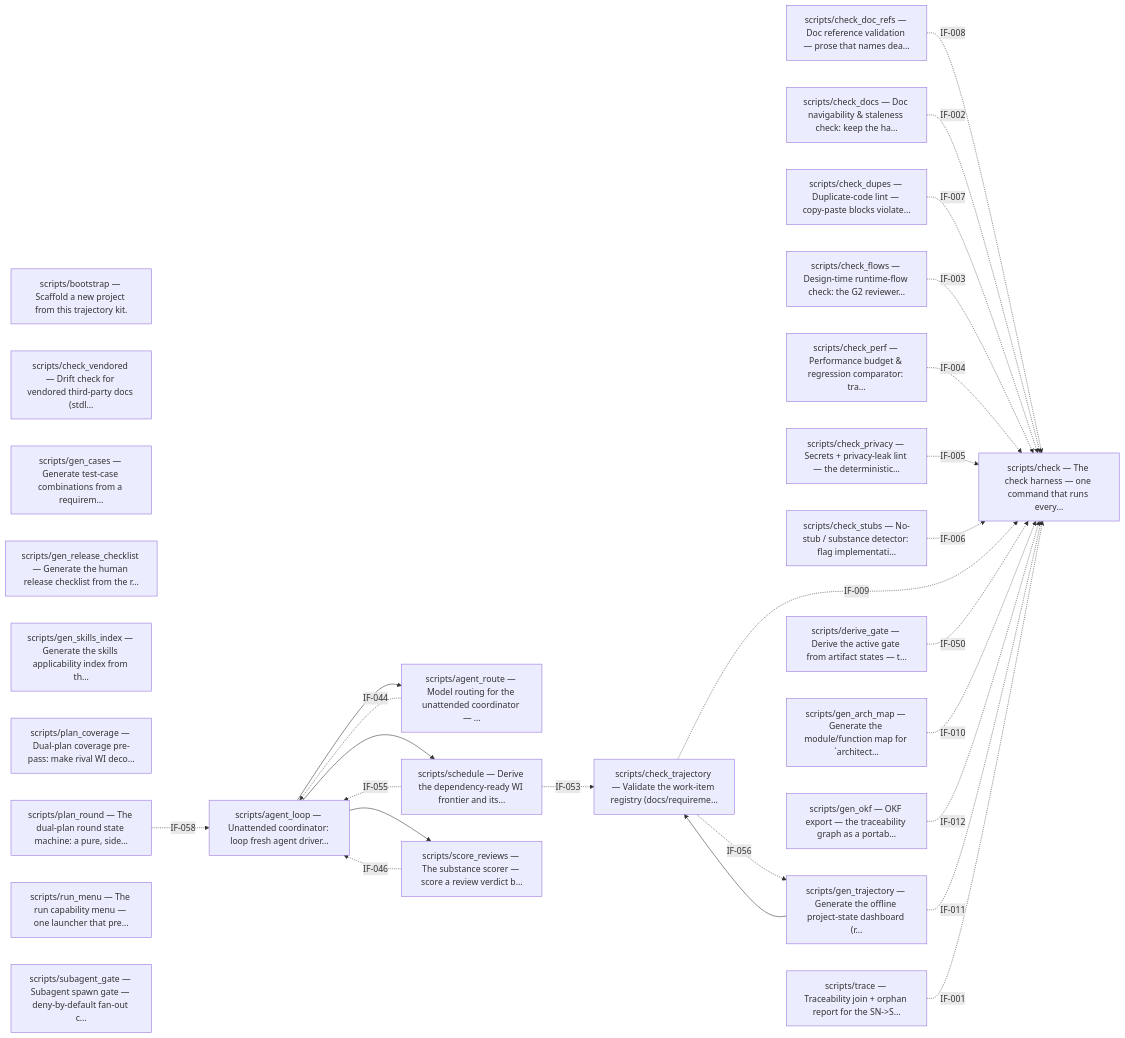
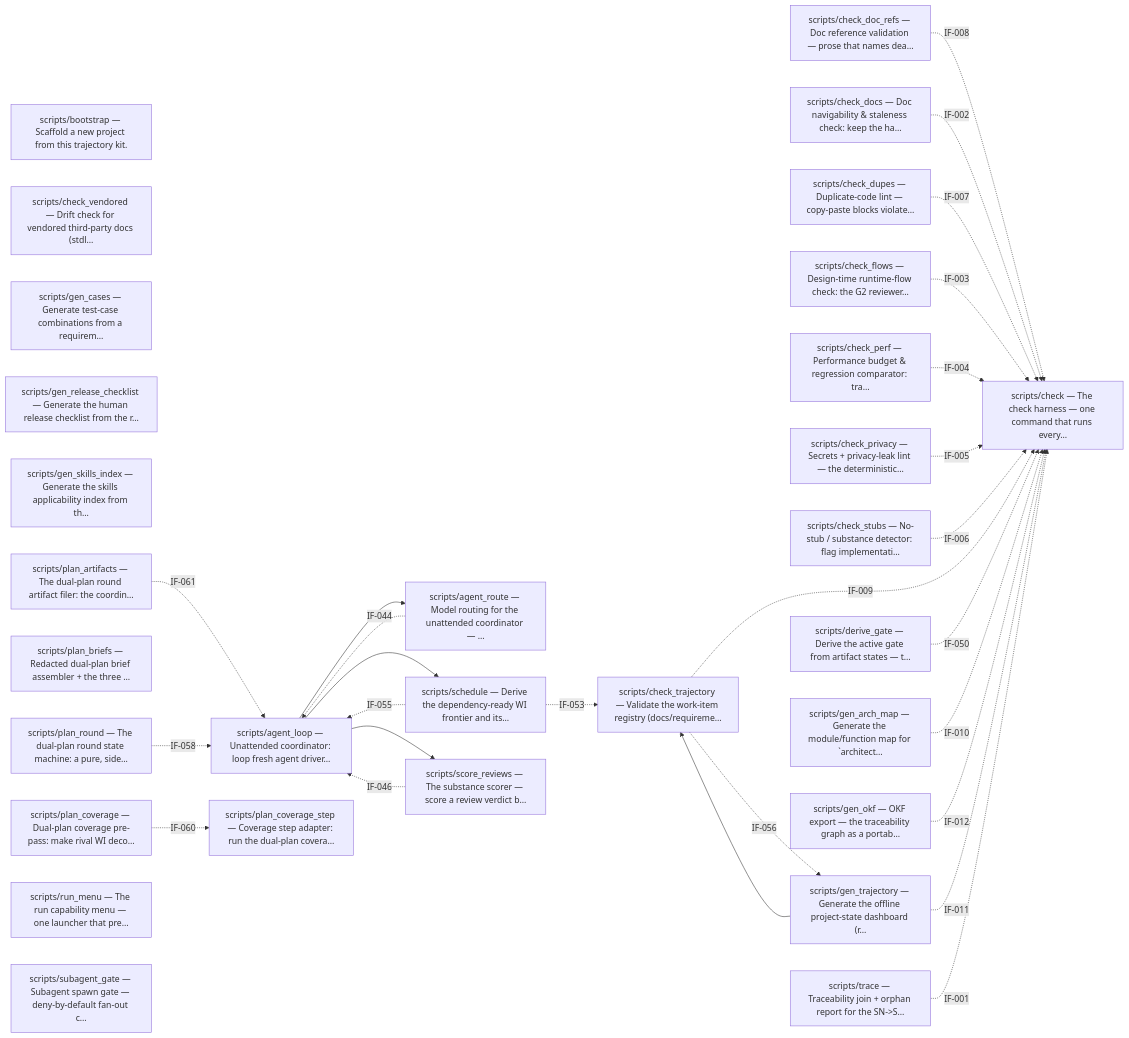
Before and after one commit to diytechy/ai-template: the first of 4 diagrams in docs/architecture.md, drawn with Mermaid. The commit also changed other lines of this file and 47 other files, not shown here.

````diff
--- a/docs/architecture.md
+++ b/docs/architecture.md
@@ -37,53 +37,58 @@
 ```mermaid
 graph LR
     m_scripts_agent_loop["scripts/agent_loop — Unattended coordinator: loop fresh agent driver…"]
     m_scripts_agent_route["scripts/agent_route — Model routing for the unattended coordinator — …"]
     m_scripts_bootstrap["scripts/bootstrap — Scaffold a new project from this trajectory kit."]
     m_scripts_check["scripts/check — The check harness — one command that runs every…"]
     m_scripts_check_doc_refs["scripts/check_doc_refs — Doc reference validation — prose that names dea…"]
     m_scripts_check_docs["scripts/check_docs — Doc navigability & staleness check: keep the ha…"]
     m_scripts_check_dupes["scripts/check_dupes — Duplicate-code lint — copy-paste blocks violate…"]
     m_scripts_check_flows["scripts/check_flows — Design-time runtime-flow check: the G2 reviewer…"]
     m_scripts_check_perf["scripts/check_perf — Performance budget & regression comparator: tra…"]
     m_scripts_check_privacy["scripts/check_privacy — Secrets + privacy-leak lint — the deterministic…"]
     m_scripts_check_stubs["scripts/check_stubs — No-stub / substance detector: flag implementati…"]
     m_scripts_check_trajectory["scripts/check_trajectory — Validate the work-item registry (docs/requireme…"]
     m_scripts_check_vendored["scripts/check_vendored — Drift check for vendored third-party docs (stdl…"]
     m_scripts_derive_gate["scripts/derive_gate — Derive the active gate from artifact states — t…"]
     m_scripts_gen_arch_map["scripts/gen_arch_map — Generate the module/function map for `architect…"]
     m_scripts_gen_cases["scripts/gen_cases — Generate test-case combinations from a requirem…"]
     m_scripts_gen_okf["scripts/gen_okf — OKF export — the traceability graph as a portab…"]
     m_scripts_gen_release_checklist["scripts/gen_release_checklist — Generate the human release checklist from the r…"]
     m_scripts_gen_skills_index["scripts/gen_skills_index — Generate the skills applicability index from th…"]
     m_scripts_gen_trajectory["scripts/gen_trajectory — Generate the offline project-state dashboard (r…"]
+    m_scripts_plan_artifacts["scripts/plan_artifacts — The dual-plan round artifact filer: the coordin…"]
+    m_scripts_plan_briefs["scripts/plan_briefs — Redacted dual-plan brief assembler + the three …"]
     m_scripts_plan_coverage["scripts/plan_coverage — Dual-plan coverage pre-pass: make rival WI deco…"]
+    m_scripts_plan_coverage_step["scripts/plan_coverage_step — Coverage step adapter: run the dual-plan covera…"]
     m_scripts_plan_round["scripts/plan_round — The dual-plan round state machine: a pure, side…"]
     m_scripts_run_menu["scripts/run_menu — The run capability menu — one launcher that pre…"]
     m_scripts_schedule["scripts/schedule — Derive the dependency-ready WI frontier and its…"]
     m_scripts_score_reviews["scripts/score_reviews — The substance scorer — score a review verdict b…"]
     m_scripts_subagent_gate["scripts/subagent_gate — Subagent spawn gate — deny-by-default fan-out c…"]
     m_scripts_trace["scripts/trace — Traceability join + orphan report for the SN->S…"]
     m_scripts_agent_loop --> m_scripts_agent_route
     m_scripts_agent_loop --> m_scripts_schedule
     m_scripts_agent_loop --> m_scripts_score_reviews
     m_scripts_gen_trajectory --> m_scripts_check_trajectory
     m_scripts_agent_route -. IF-044 .-> m_scripts_agent_loop
     m_scripts_check_doc_refs -. IF-008 .-> m_scripts_check
     m_scripts_check_docs -. IF-002 .-> m_scripts_check
     m_scripts_check_dupes -. IF-007 .-> m_scripts_check
     m_scripts_check_flows -. IF-003 .-> m_scripts_check
     m_scripts_check_perf -. IF-004 .-> m_scripts_check
     m_scripts_check_privacy -. IF-005 .-> m_scripts_check
     m_scripts_check_stubs -. IF-006 .-> m_scripts_check
     m_scripts_check_trajectory -. IF-009 .-> m_scripts_check
     m_scripts_check_trajectory -. IF-056 .-> m_scripts_gen_trajectory
     m_scripts_derive_gate -. IF-050 .-> m_scripts_check
     m_scripts_gen_arch_map -. IF-010 .-> m_scripts_check
     m_scripts_gen_okf -. IF-012 .-> m_scripts_check
     m_scripts_gen_trajectory -. IF-011 .-> m_scripts_check
+    m_scripts_plan_artifacts -. IF-061 .-> m_scripts_agent_loop
+    m_scripts_plan_coverage -. IF-060 .-> m_scripts_plan_coverage_step
     m_scripts_plan_round -. IF-058 .-> m_scripts_agent_loop
     m_scripts_schedule -. IF-055 .-> m_scripts_agent_loop
     m_scripts_schedule -. IF-053 .-> m_scripts_check_trajectory
     m_scripts_score_reviews -. IF-046 .-> m_scripts_agent_loop
     m_scripts_trace -. IF-001 .-> m_scripts_check
 ```
````
